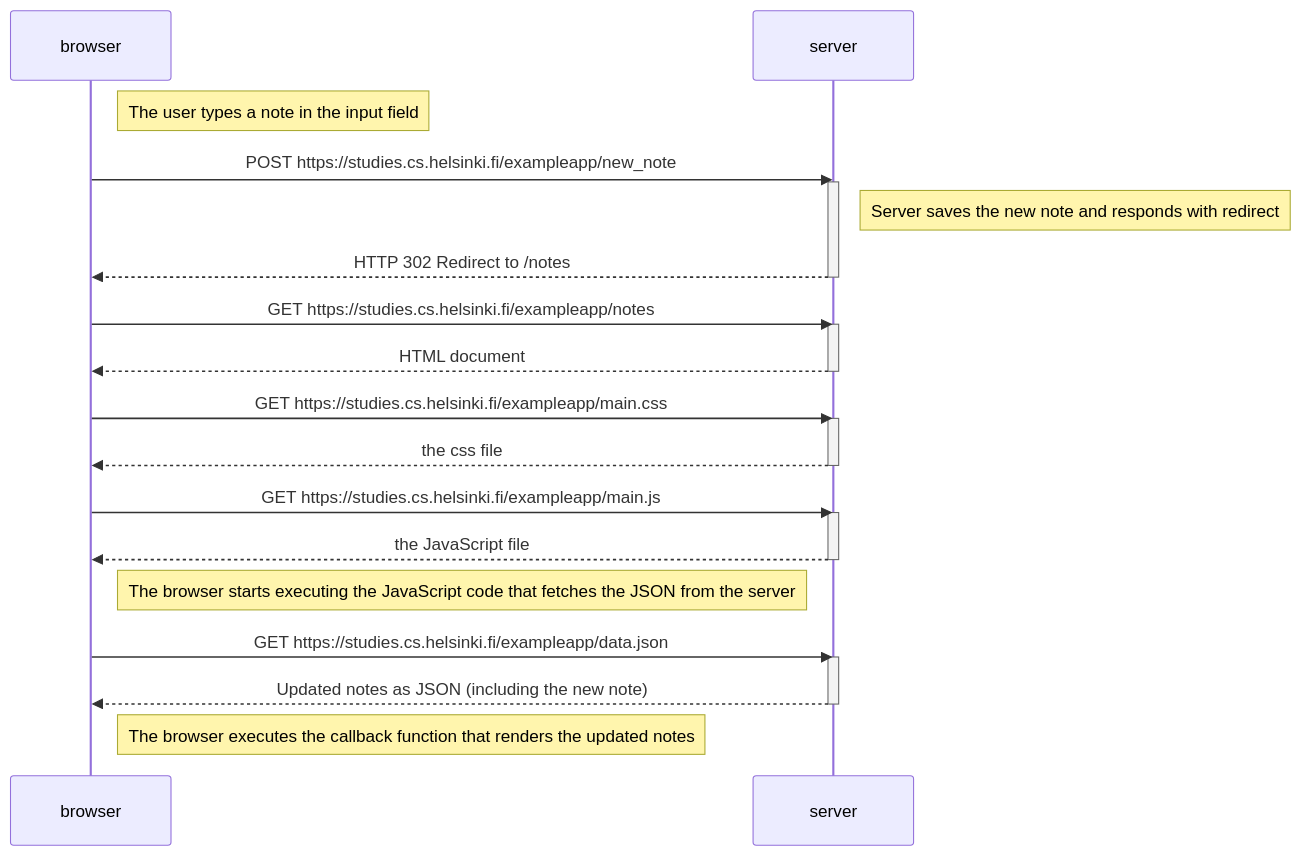
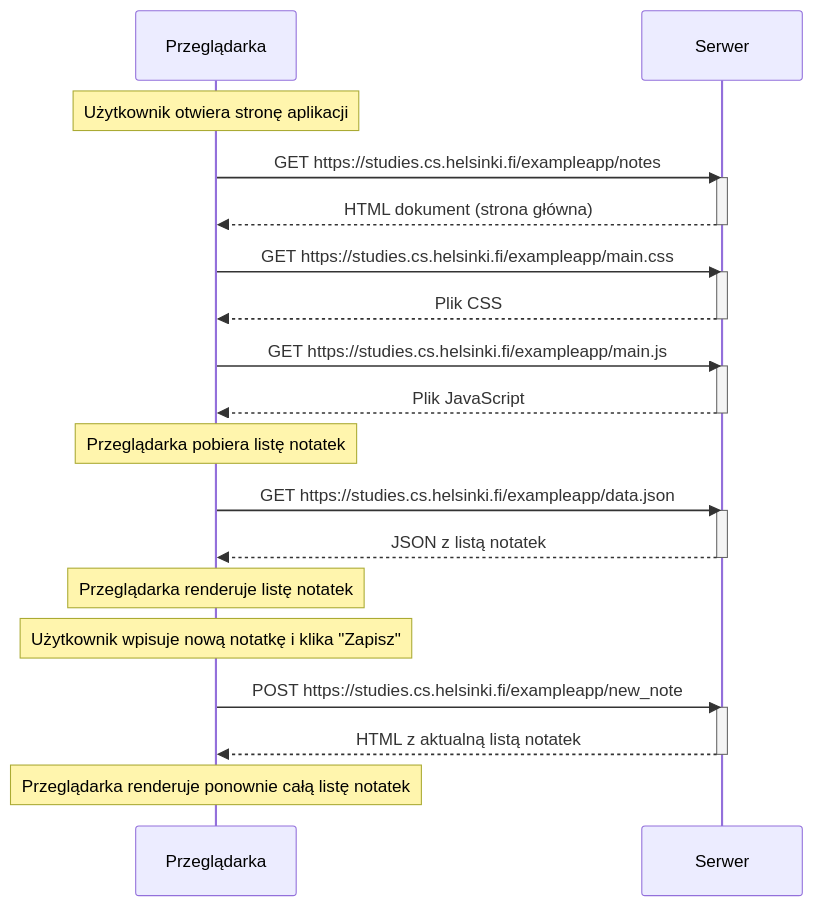
One commit to KrystianDulny8/FullStack changed the diagram in Part0/Nowy diagram 0.4.mmd. Above: the diagram before and after it, drawn with Mermaid. The commit also changed 2 other files, not shown here.

Commit message:
Dodano diagram nowej notatki

```diff
--- a/Part0/Nowy diagram 0.4.mmd
+++ b/Part0/Nowy diagram 0.4.mmd
@@ -1,35 +1,35 @@
 sequenceDiagram
-    participant browser
-    participant server
+    participant browser as Przeglądarka
+    participant server as Serwer
 
-    Note right of browser: The user types a note in the input field
-
-    browser->>server: POST https://studies.cs.helsinki.fi/exampleapp/new_note
-    activate server
-    Note right of server: Server saves the new note and responds with redirect
-    server-->>browser: HTTP 302 Redirect to /notes
-    deactivate server
-
+    Note over browser: Użytkownik otwiera stronę aplikacji
     browser->>server: GET https://studies.cs.helsinki.fi/exampleapp/notes
     activate server
-    server-->>browser: HTML document
+    server-->>browser: HTML dokument (strona główna)
     deactivate server
 
     browser->>server: GET https://studies.cs.helsinki.fi/exampleapp/main.css
     activate server
-    server-->>browser: the css file
+    server-->>browser: Plik CSS
     deactivate server
 
     browser->>server: GET https://studies.cs.helsinki.fi/exampleapp/main.js
     activate server
-    server-->>browser: the JavaScript file
+    server-->>browser: Plik JavaScript
     deactivate server
 
-    Note right of browser: The browser starts executing the JavaScript code that fetches the JSON from the server
-
+    Note over browser: Przeglądarka pobiera listę notatek
     browser->>server: GET https://studies.cs.helsinki.fi/exampleapp/data.json
     activate server
-    server-->>browser: Updated notes as JSON (including the new note)
+    server-->>browser: JSON z listą notatek
     deactivate server
 
-    Note right of browser: The browser executes the callback function that renders the updated notes
+    Note over browser: Przeglądarka renderuje listę notatek
+
+    Note over browser: Użytkownik wpisuje nową notatkę i klika "Zapisz"
+    browser->>server: POST https://studies.cs.helsinki.fi/exampleapp/new_note
+    activate server
+    server-->>browser: HTML z aktualną listą notatek
+    deactivate server
+
+    Note over browser: Przeglądarka renderuje ponownie całą listę notatek
```
